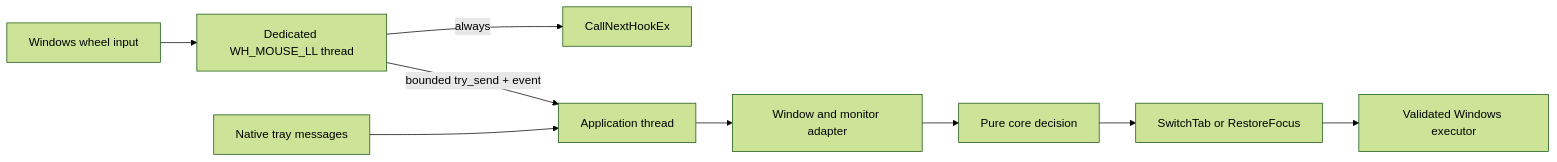
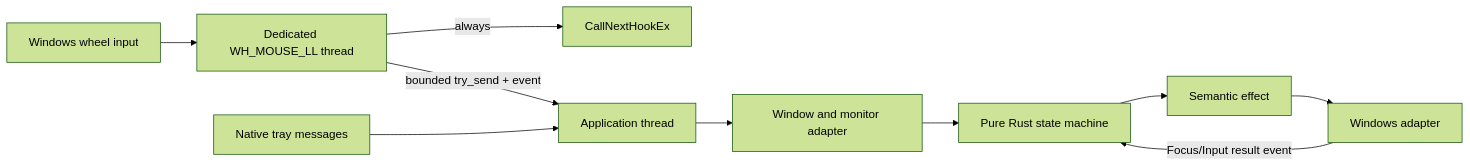
One commit to philippwallrafen/TabGlide changed the diagram in docs/architecture.md. Above: the diagram before and after it, drawn with Mermaid (forest theme). The commit also changed other lines of this file and 11 other files, not shown here.

````diff
--- a/docs/architecture.md
+++ b/docs/architecture.md
@@ -13,11 +13,12 @@
 ```mermaid
 flowchart LR
     Mouse[Windows wheel input] --> Hook[Dedicated WH_MOUSE_LL thread]
     Hook -->|always| Next[CallNextHookEx]
     Hook -->|bounded try_send + event| Owner[Application thread]
     Owner --> Context[Window and monitor adapter]
-    Context --> Core[Pure core decision]
-    Core --> Command[SwitchTab or RestoreFocus]
-    Command --> Executor[Validated Windows executor]
+    Context --> Core[Pure Rust state machine]
+    Core --> Effect[Semantic effect]
+    Effect --> Adapter[Windows adapter]
+    Adapter -->|Focus/Input result event| Core
     Tray[Native tray messages] --> Owner
 ```
````
